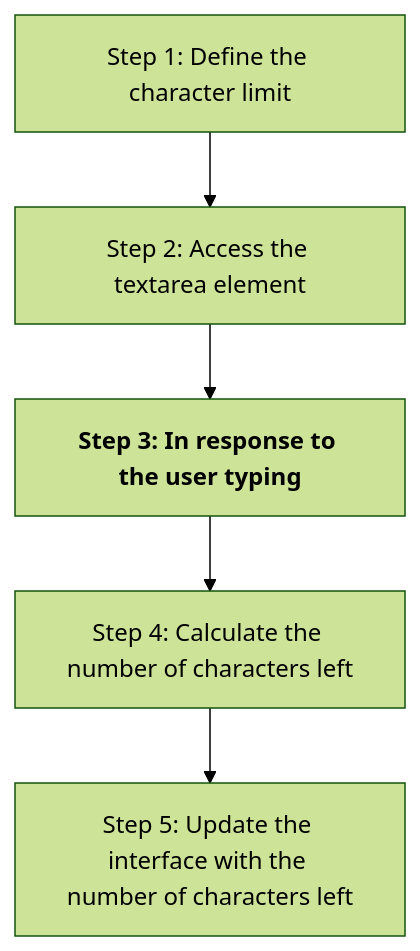
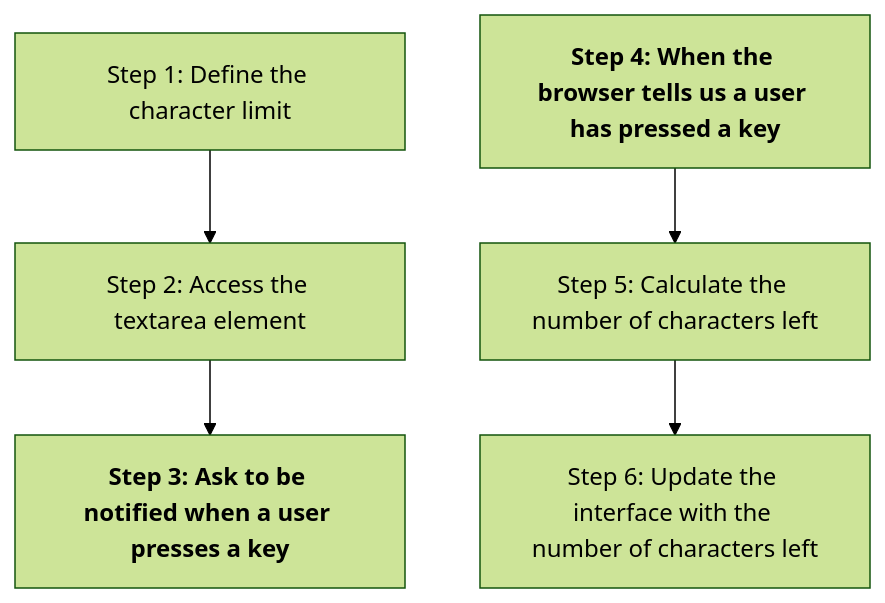
The diagram in content/js2/blocks/check-progress/index.md (CodeYourFuture/curriculum), drawn with Mermaid (forest theme) before and after one commit. The commit also changed other lines of this file and 5 other files, not shown here.

````diff
--- a/content/js2/blocks/check-progress/index.md
+++ b/content/js2/blocks/check-progress/index.md
@@ -13,4 +13,6 @@
 ```mermaid
 flowchart TD
-A[Step 1: Define the character limit] --> B[Step 2: Access the textarea element] --> C["`**Step 3: In response to the user typing**`"] --> D[Step 4: Calculate the number of characters left] --> E[Step 5: Update the interface with the number of characters left]
+A[Step 1: Define the character limit] --> B[Step 2: Access the textarea element] --> C["`**Step 3: Ask to be notified when a user presses a key**`"]
+
+D["`**Step 4: When the browser tells us a user has pressed a key**`"] --> E[Step 5: Calculate the number of characters left] --> F[Step 6: Update the interface with the number of characters left]
 ```
````
